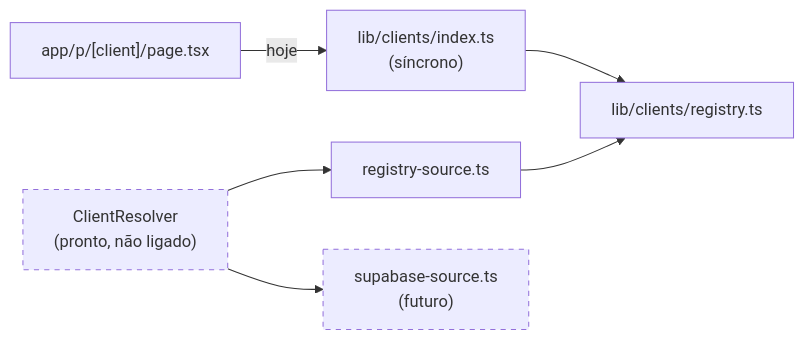
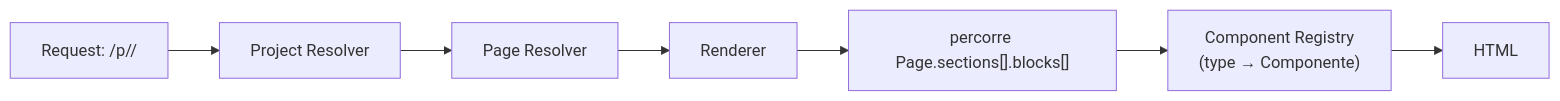
Before and after one commit to procreating-co/procreating: the first of 4 diagrams in docs/project-creation.md, drawn with Mermaid. The commit also changed other lines of this file and 1 other file, not shown here.

````diff
--- a/docs/project-creation.md
+++ b/docs/project-creation.md
@@ -96,9 +142,9 @@
 ```mermaid
 flowchart LR
-  Route["app/p/[client]/page.tsx"] -->|"hoje"| Index["lib/clients/index.ts\n(síncrono)"]
-  Index --> Registry["lib/clients/registry.ts"]
-  Resolver["ClientResolver\n(pronto, não ligado)"] --> RegSource["registry-source.ts"] --> Registry
-  Resolver --> SupaSource["supabase-source.ts\n(futuro)"]
-  style Resolver stroke-dasharray: 5 5
-  style SupaSource stroke-dasharray: 5 5
+  Request["Request: /p/<slug>/<page>"] --> PR["Project Resolver"]
+  PR --> PGR["Page Resolver"]
+  PGR --> Renderer
+  Renderer --> Blocks["percorre Page.sections[].blocks[]"]
+  Blocks --> Registry["Component Registry\n(type → Componente)"]
+  Registry --> HTML
 ```
````
